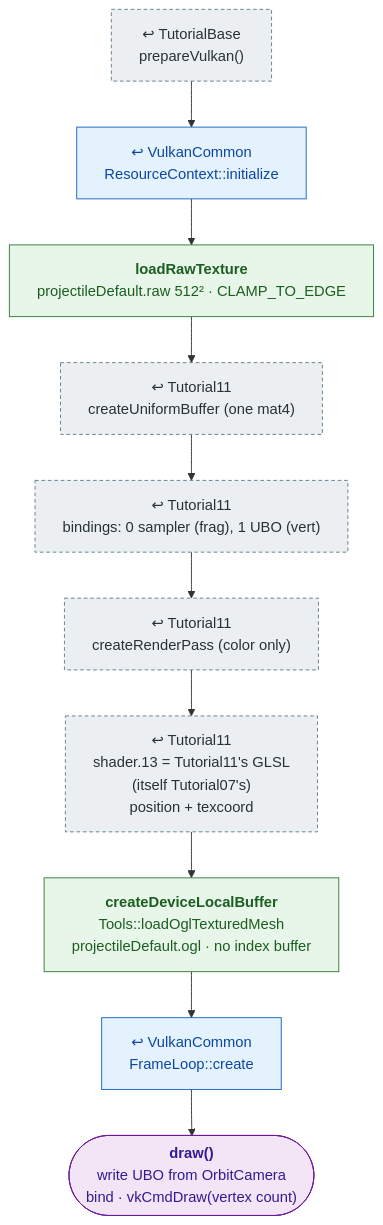
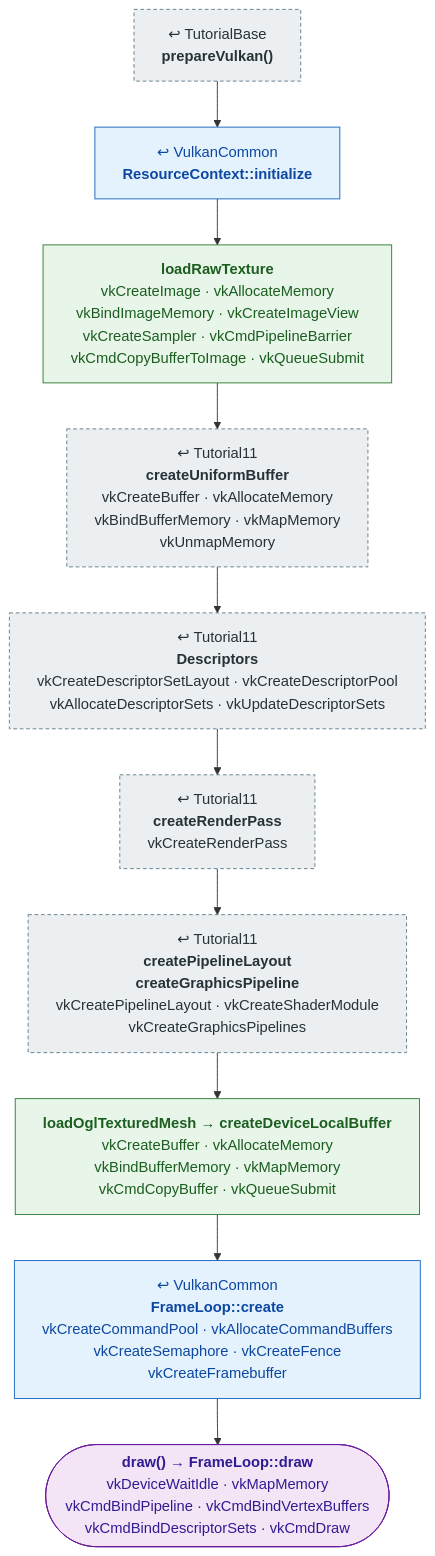
Before and after one commit to mehoggan/vulkan_graphix: the diagram in docs/pipeline/13_projectile_model.md, drawn with Mermaid. The commit also changed other lines of this file and 24 other files, not shown here.

First line of the commit message:
docs: label pipeline boxes with the Vulkan calls each step makes

````diff
--- a/docs/pipeline/13_projectile_model.md
+++ b/docs/pipeline/13_projectile_model.md
@@ -10,21 +10,21 @@
 ```mermaid
 %%{init: {"flowchart": {"wrappingWidth": 400}}}%%
 flowchart TD
     classDef reused fill:#eceff1,stroke:#607d8b,stroke-dasharray:4 3,color:#263238
     classDef new fill:#e8f5e9,stroke:#2e7d32,color:#1b5e20
     classDef shared fill:#e3f2fd,stroke:#1565c0,color:#0d47a1
     classDef frame fill:#f3e5f5,stroke:#6a1b9a,color:#311b92
 
-    BASE["↩ TutorialBase<br/>prepareVulkan()"]:::reused
-    RC["↩ VulkanCommon<br/>ResourceContext::initialize"]:::shared
-    TEX["<b>loadRawTexture</b><br/>projectileDefault.raw 512² · CLAMP_TO_EDGE"]:::new
-    UBO["↩ Tutorial11<br/>createUniformBuffer (one mat4)"]:::reused
-    DESC["↩ Tutorial11<br/>bindings: 0 sampler (frag), 1 UBO (vert)"]:::reused
-    RP["↩ Tutorial11<br/>createRenderPass (color only)"]:::reused
-    PIPE["↩ Tutorial11<br/>shader.13 = Tutorial11's GLSL<br/>(itself Tutorial07's)<br/>position + texcoord"]:::reused
-    VB["<b>createDeviceLocalBuffer</b><br/>Tools::loadOglTexturedMesh<br/>projectileDefault.ogl · no index buffer"]:::new
-    FL["↩ VulkanCommon<br/>FrameLoop::create"]:::shared
-    DRAW(["<b>draw()</b><br/>write UBO from OrbitCamera<br/>bind · vkCmdDraw(vertex count)"]):::frame
+    BASE["↩ TutorialBase<br/><b>prepareVulkan()</b>"]:::reused
+    RC["↩ VulkanCommon<br/><b>ResourceContext::initialize</b>"]:::shared
+    TEX["<b>loadRawTexture</b><br/>vkCreateImage  ·  vkAllocateMemory<br/>vkBindImageMemory  ·  vkCreateImageView<br/>vkCreateSampler  ·  vkCmdPipelineBarrier<br/>vkCmdCopyBufferToImage  ·  vkQueueSubmit"]:::new
+    UBO["↩ Tutorial11<br/><b>createUniformBuffer</b><br/>vkCreateBuffer  ·  vkAllocateMemory<br/>vkBindBufferMemory  ·  vkMapMemory<br/>vkUnmapMemory"]:::reused
+    DESC["↩ Tutorial11<br/><b>Descriptors</b><br/>vkCreateDescriptorSetLayout  ·  vkCreateDescriptorPool<br/>vkAllocateDescriptorSets  ·  vkUpdateDescriptorSets"]:::reused
+    RP["↩ Tutorial11<br/><b>createRenderPass</b><br/>vkCreateRenderPass"]:::reused
+    PIPE["↩ Tutorial11<br/><b>createPipelineLayout</b><br/><b>createGraphicsPipeline</b><br/>vkCreatePipelineLayout  ·  vkCreateShaderModule<br/>vkCreateGraphicsPipelines"]:::reused
+    VB["<b>loadOglTexturedMesh → createDeviceLocalBuffer</b><br/>vkCreateBuffer  ·  vkAllocateMemory<br/>vkBindBufferMemory  ·  vkMapMemory<br/>vkCmdCopyBuffer  ·  vkQueueSubmit"]:::new
+    FL["↩ VulkanCommon<br/><b>FrameLoop::create</b><br/>vkCreateCommandPool  ·  vkAllocateCommandBuffers<br/>vkCreateSemaphore  ·  vkCreateFence<br/>vkCreateFramebuffer"]:::shared
+    DRAW(["<b>draw() → FrameLoop::draw</b><br/>vkDeviceWaitIdle  ·  vkMapMemory<br/>vkCmdBindPipeline  ·  vkCmdBindVertexBuffers<br/>vkCmdBindDescriptorSets  ·  vkCmdDraw"]):::frame
 
     BASE --> RC --> TEX --> UBO --> DESC --> RP --> PIPE --> VB --> FL --> DRAW
 ```
````
